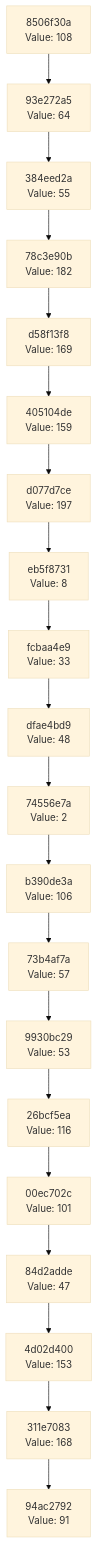
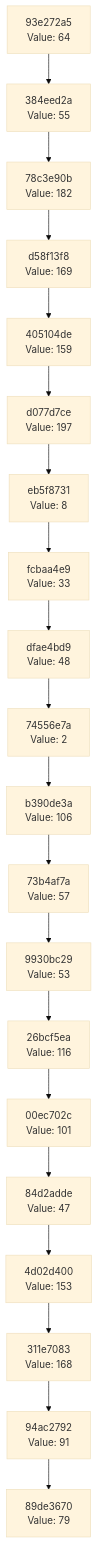
The diagram in docs/CHAIN_VISUALIZATION.md (Abhisheksinha1506/hash-chain-evolver), drawn with Mermaid (base theme) before and after one commit. The commit also changed 2 other files, not shown here.

Commit message:
Evolution Step

````diff
--- a/docs/CHAIN_VISUALIZATION.md
+++ b/docs/CHAIN_VISUALIZATION.md
@@ -3,42 +3,42 @@
 ```mermaid
 graph TD
-    C0["94ac2792<br/>Value: 91"]
-    C1["311e7083<br/>Value: 168"]
+    C0["89de3670<br/>Value: 79"]
+    C1["94ac2792<br/>Value: 91"]
     C1 --> C0
-    C2["4d02d400<br/>Value: 153"]
+    C2["311e7083<br/>Value: 168"]
     C2 --> C1
-    C3["84d2adde<br/>Value: 47"]
+    C3["4d02d400<br/>Value: 153"]
     C3 --> C2
-    C4["00ec702c<br/>Value: 101"]
+    C4["84d2adde<br/>Value: 47"]
     C4 --> C3
-    C5["26bcf5ea<br/>Value: 116"]
+    C5["00ec702c<br/>Value: 101"]
     C5 --> C4
-    C6["9930bc29<br/>Value: 53"]
+    C6["26bcf5ea<br/>Value: 116"]
     C6 --> C5
-    C7["73b4af7a<br/>Value: 57"]
+    C7["9930bc29<br/>Value: 53"]
     C7 --> C6
-    C8["b390de3a<br/>Value: 106"]
+    C8["73b4af7a<br/>Value: 57"]
     C8 --> C7
-    C9["74556e7a<br/>Value: 2"]
+    C9["b390de3a<br/>Value: 106"]
     C9 --> C8
-    C10["dfae4bd9<br/>Value: 48"]
+    C10["74556e7a<br/>Value: 2"]
     C10 --> C9
-    C11["fcbaa4e9<br/>Value: 33"]
+    C11["dfae4bd9<br/>Value: 48"]
     C11 --> C10
-    C12["eb5f8731<br/>Value: 8"]
+    C12["fcbaa4e9<br/>Value: 33"]
     C12 --> C11
-    C13["d077d7ce<br/>Value: 197"]
+    C13["eb5f8731<br/>Value: 8"]
     C13 --> C12
-    C14["405104de<br/>Value: 159"]
+    C14["d077d7ce<br/>Value: 197"]
     C14 --> C13
-    C15["d58f13f8<br/>Value: 169"]
+    C15["405104de<br/>Value: 159"]
     C15 --> C14
-    C16["78c3e90b<br/>Value: 182"]
+    C16["d58f13f8<br/>Value: 169"]
     C16 --> C15
-    C17["384eed2a<br/>Value: 55"]
+    C17["78c3e90b<br/>Value: 182"]
     C17 --> C16
-    C18["93e272a5<br/>Value: 64"]
+    C18["384eed2a<br/>Value: 55"]
     C18 --> C17
-    C19["8506f30a<br/>Value: 108"]
+    C19["93e272a5<br/>Value: 64"]
     C19 --> C18
 ```
````
